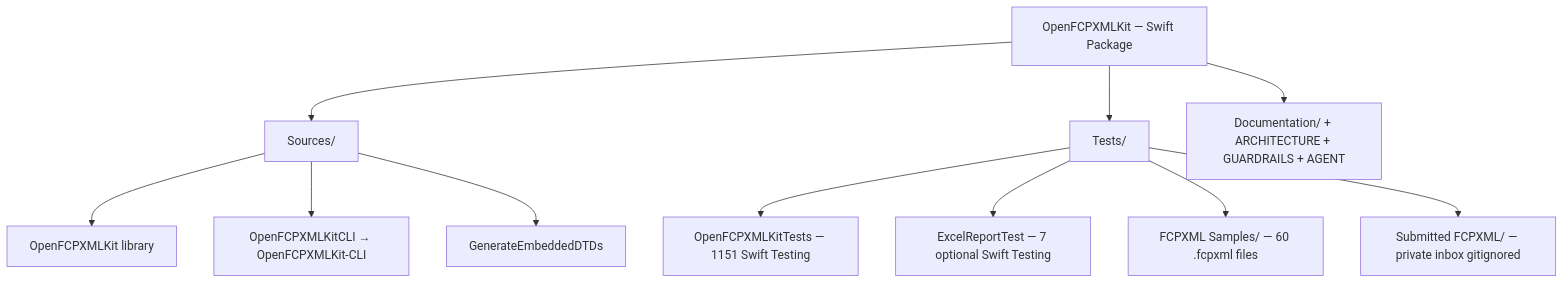
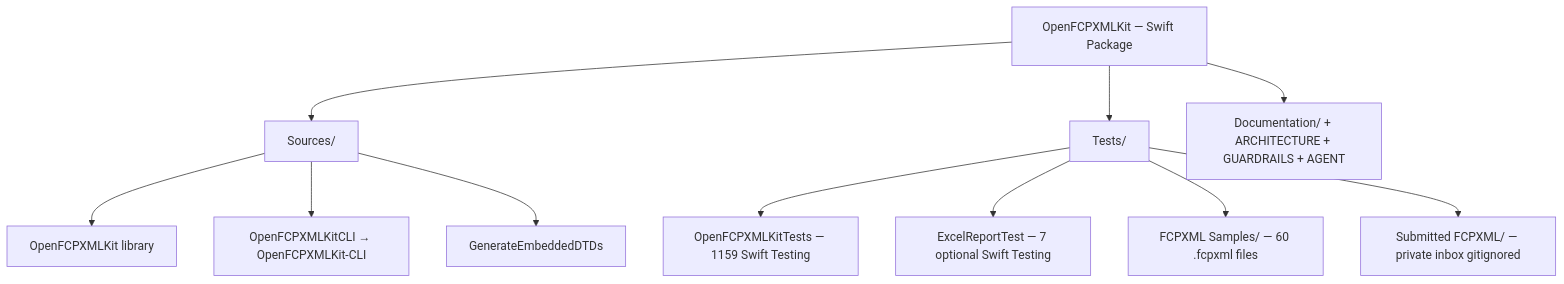
The first of 6 diagrams in ARCHITECTURE.md (TheAcharya/OpenFCPXMLKit), drawn with Mermaid before and after one commit. The commit also changed other lines of this file and 41 other files, not shown here.

````diff
--- a/ARCHITECTURE.md
+++ b/ARCHITECTURE.md
@@ -216,17 +216,17 @@
 ```mermaid
 flowchart TB
     Pkg["OpenFCPXMLKit — Swift Package"]
 
     Pkg --> SRC["Sources/"]
     Pkg --> TST["Tests/"]
     Pkg --> DOC["Documentation/ + ARCHITECTURE + GUARDRAILS + AGENT"]
 
     SRC --> LIB["OpenFCPXMLKit library"]
     SRC --> CLI["OpenFCPXMLKitCLI → OpenFCPXMLKit-CLI"]
     SRC --> GEN["GenerateEmbeddedDTDs"]
 
-    TST --> OKT["OpenFCPXMLKitTests — 1151 Swift Testing"]
+    TST --> OKT["OpenFCPXMLKitTests — 1159 Swift Testing"]
     TST --> ERT["ExcelReportTest — 7 optional Swift Testing"]
     TST --> SMP["FCPXML Samples/ — 60 .fcpxml files"]
     TST --> SUB["Submitted FCPXML/ — private inbox gitignored"]
 ```
````
